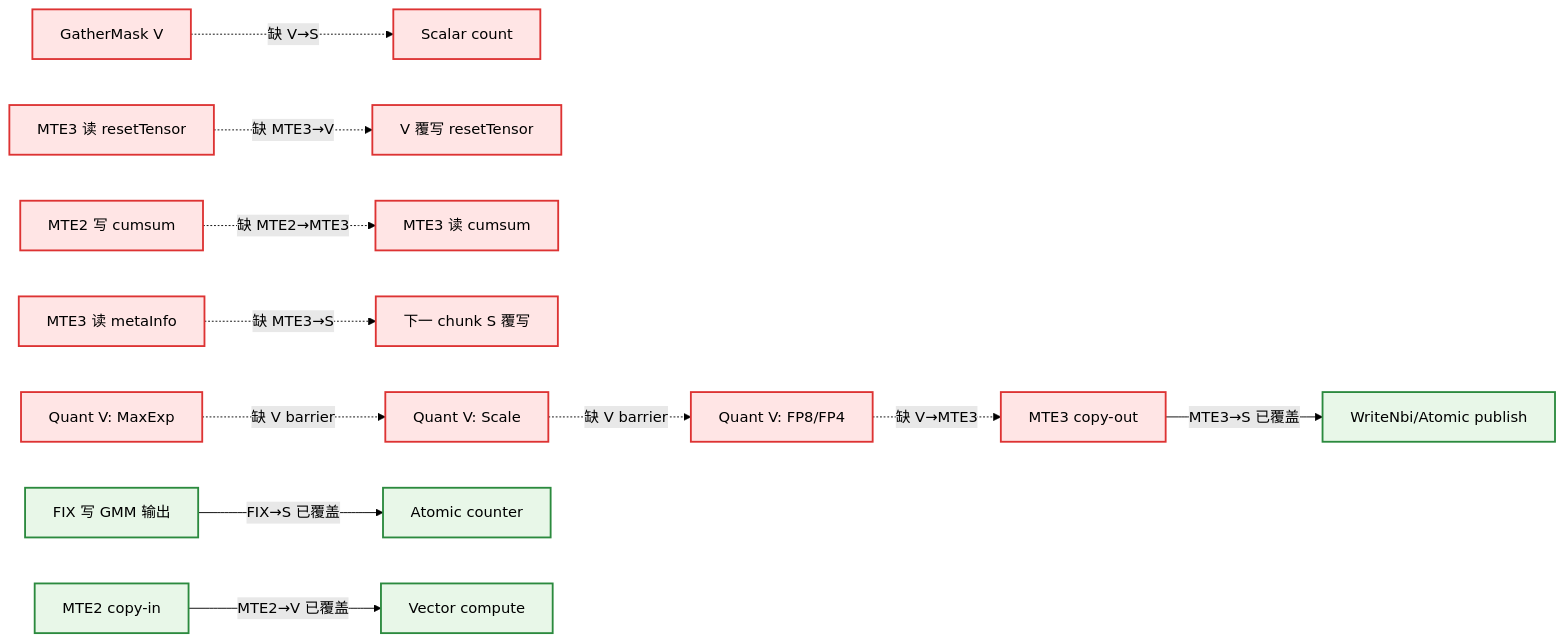
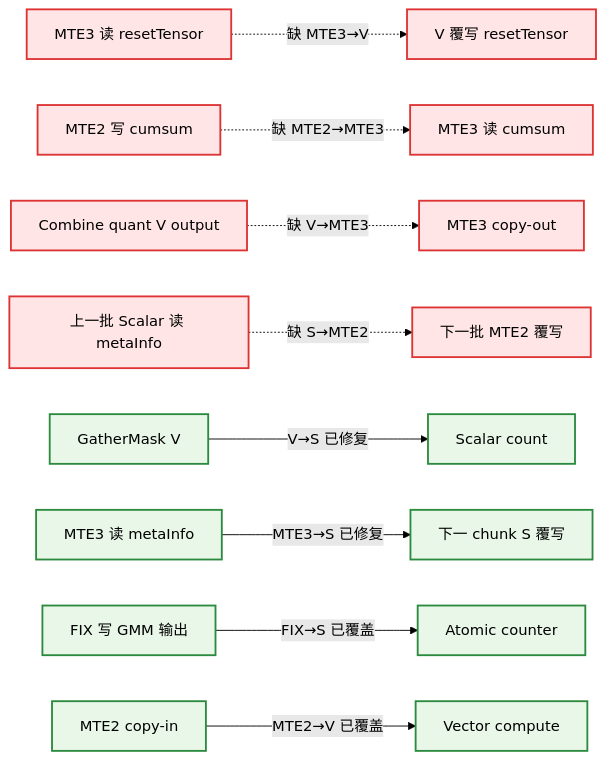
One commit to ChunnX/ops-transformer changed the second of 2 diagrams in mc2/mega_moe/op_kernel/arch35/mega_moe_layered_sync_audit.md. Above: the diagram before and after it, drawn with Mermaid (forest theme). The commit also changed other lines of this file and 1 other file, not shown here.

````diff
--- a/mc2/mega_moe/op_kernel/arch35/mega_moe_layered_sync_audit.md
+++ b/mc2/mega_moe/op_kernel/arch35/mega_moe_layered_sync_audit.md
@@ -84,18 +94,16 @@
 ```mermaid
 flowchart LR
-    A["GatherMask V"] -. "缺 V→S" .-> B["Scalar count"]
     C["MTE3 读 resetTensor"] -. "缺 MTE3→V" .-> D["V 覆写 resetTensor"]
     E["MTE2 写 cumsum"] -. "缺 MTE2→MTE3" .-> F["MTE3 读 cumsum"]
-    G["MTE3 读 metaInfo"] -. "缺 MTE3→S" .-> H["下一 chunk S 覆写"]
-    Q1["Quant V: MaxExp"] -. "缺 V barrier" .-> Q2["Quant V: Scale"]
-    Q2 -. "缺 V barrier" .-> Q3["Quant V: FP8/FP4"]
-    Q3 -. "缺 V→MTE3" .-> M3["MTE3 copy-out"]
-    M3 -->|"MTE3→S 已覆盖"| PUB["WriteNbi/Atomic publish"]
+    QV["Combine quant V output"] -. "缺 V→MTE3" .-> M3["MTE3 copy-out"]
+    S["上一批 Scalar 读 metaInfo"] -. "缺 S→MTE2" .-> M2B["下一批 MTE2 覆写"]
+    GM["GatherMask V"] -->|"V→S 已修复"| SC["Scalar count"]
+    META["MTE3 读 metaInfo"] -->|"MTE3→S 已修复"| OV["下一 chunk S 覆写"]
     FIX["FIX 写 GMM 输出"] -->|"FIX→S 已覆盖"| CNT["Atomic counter"]
     M2["MTE2 copy-in"] -->|"MTE2→V 已覆盖"| V["Vector compute"]
 
     classDef missing fill:#ffe5e5,stroke:#d33,stroke-width:2px;
     classDef synced fill:#e8f7e8,stroke:#2b8a3e,stroke-width:2px;
-    class A,B,C,D,E,F,G,H,Q1,Q2,Q3,M3 missing;
-    class PUB,FIX,CNT,M2,V synced;
+    class C,D,E,F,QV,M3,S,M2B missing;
+    class GM,SC,META,OV,FIX,CNT,M2,V synced;
 ```
````
